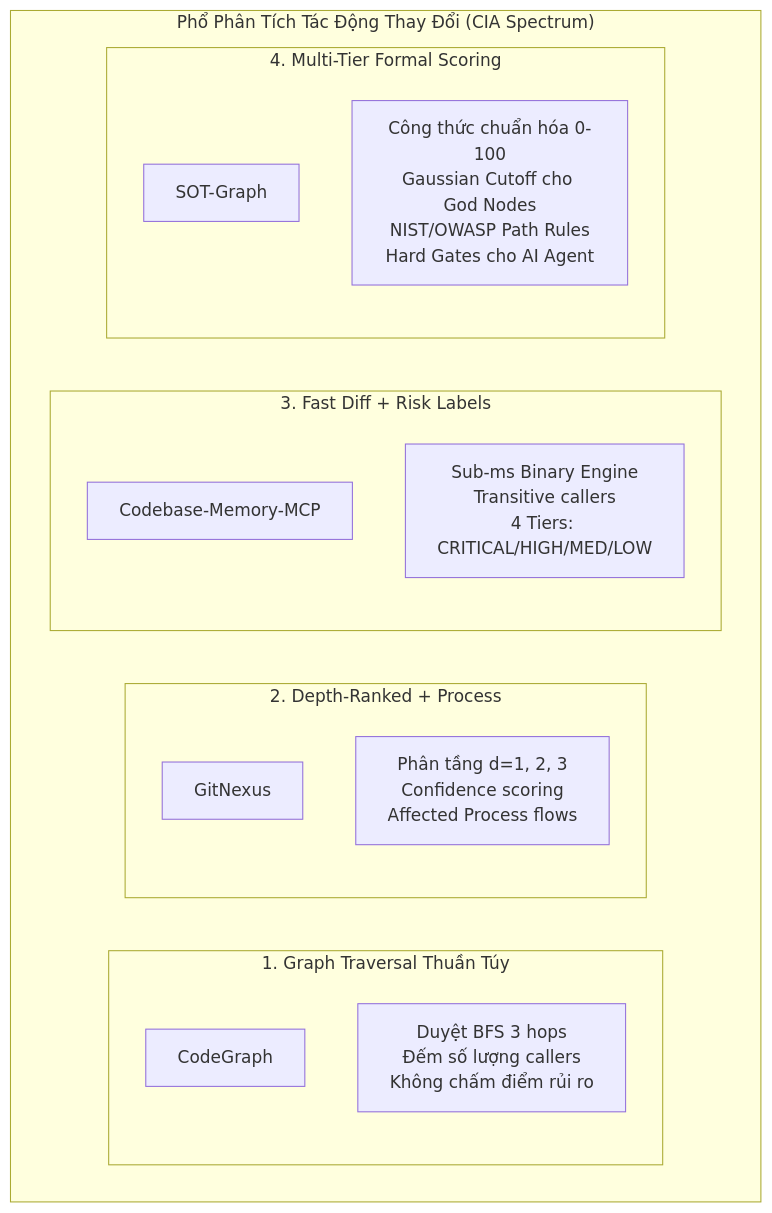
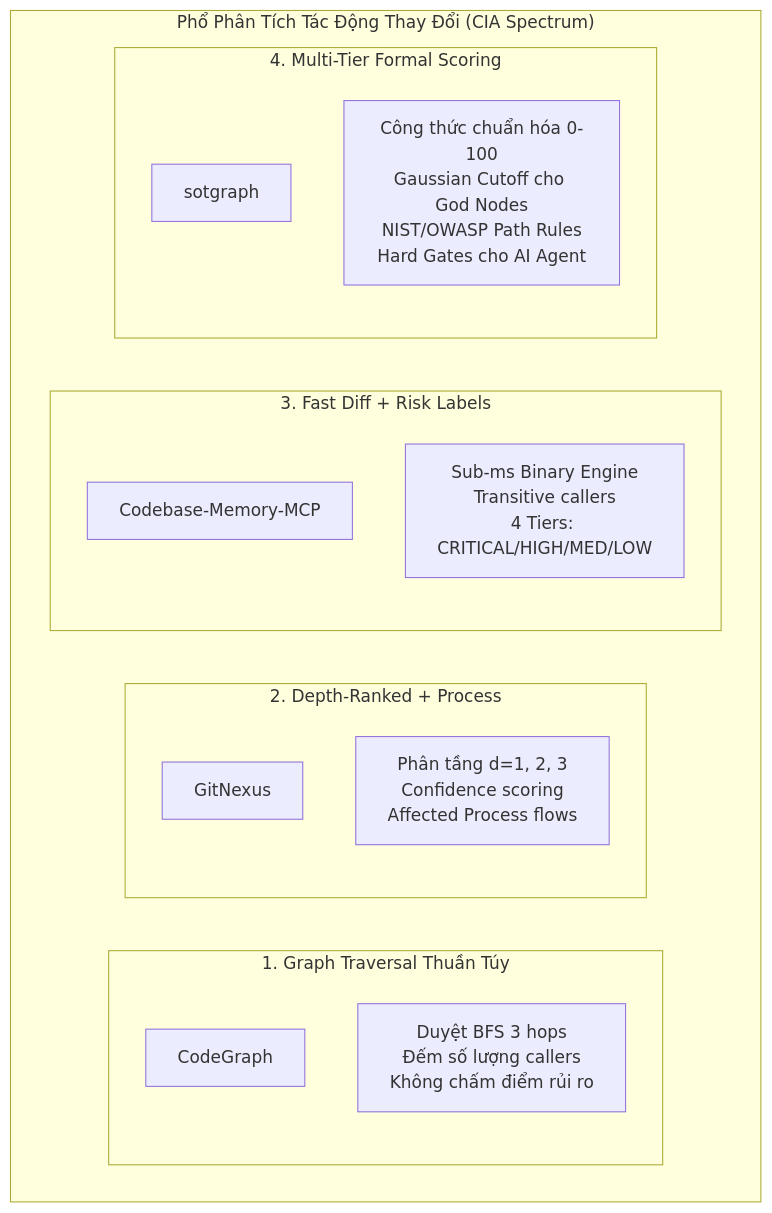
The first of 2 diagrams in docs/IMPACT_ASSESSMENT_COMPARISON.md (minhgv/sotgraph), drawn with Mermaid before and after one commit. The commit also changed other lines of this file and 29 other files, not shown here.

First line of the commit message:
docs: rename sot-graph to sotgraph across docs; one-shot install guide; CBM extractor section

````diff
--- a/docs/IMPACT_ASSESSMENT_COMPARISON.md
+++ b/docs/IMPACT_ASSESSMENT_COMPARISON.md
@@ -31,26 +31,26 @@
 ```mermaid
 flowchart TD
     subgraph CIA_Spectrum ["Phổ Phân Tích Tác Động Thay Đổi (CIA Spectrum)"]
         direction LR
 
         subgraph CodeGraph_Cat ["1. Graph Traversal Thuần Túy"]
             CG["CodeGraph"]
             CG_D["Duyệt BFS 3 hops<br/>Đếm số lượng callers<br/>Không chấm điểm rủi ro"]
         end
 
         subgraph GitNexus_Cat ["2. Depth-Ranked + Process"]
             GN["GitNexus"]
             GN_D["Phân tầng d=1, 2, 3<br/>Confidence scoring<br/>Affected Process flows"]
         end
 
         subgraph CodebaseMem_Cat ["3. Fast Diff + Risk Labels"]
             CBM["Codebase-Memory-MCP"]
             CBM_D["Sub-ms Binary Engine<br/>Transitive callers<br/>4 Tiers: CRITICAL/HIGH/MED/LOW"]
         end
 
         subgraph SOTGraph_Cat ["4. Multi-Tier Formal Scoring"]
-            SG["SOT-Graph"]
+            SG["sotgraph"]
             SG_D["Công thức chuẩn hóa 0-100<br/>Gaussian Cutoff cho God Nodes<br/>NIST/OWASP Path Rules<br/>Hard Gates cho AI Agent"]
         end
     end
 ```
````
